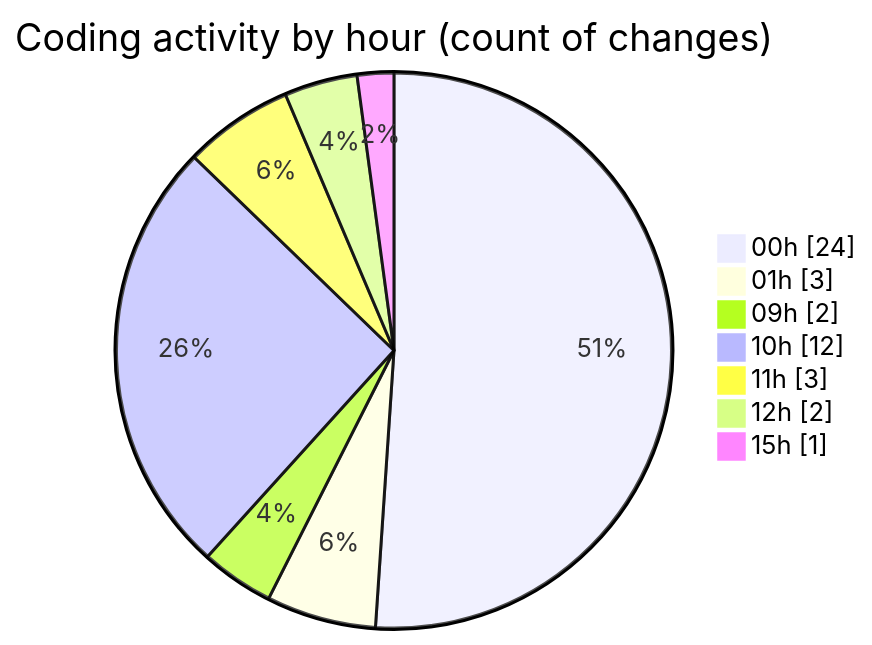
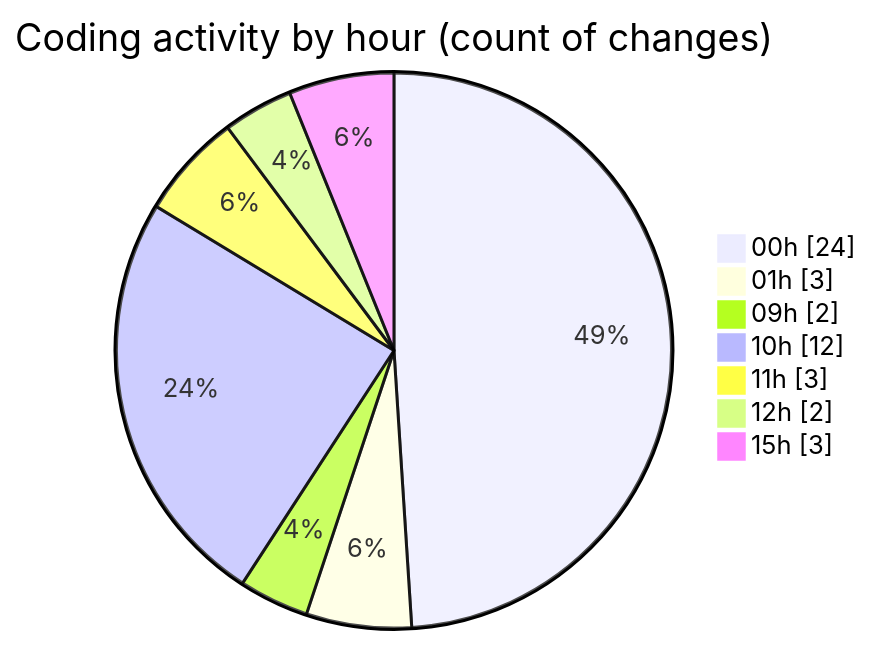
Before and after one commit to julien-gomy/code-tracking: the second of 2 diagrams in 2025-11-24/eventscop-frontend-guide__workspace_/README.md, drawn with Mermaid. The commit also changed other lines of this file and 1 other file, not shown here.

````diff
--- a/2025-11-24/eventscop-frontend-guide__workspace_/README.md
+++ b/2025-11-24/eventscop-frontend-guide__workspace_/README.md
@@ -41,11 +43,11 @@
 ```mermaid
 pie showData
 title Coding activity by hour (count of changes)
 "00h" : 24
 "01h" : 3
 "09h" : 2
 "10h" : 12
 "11h" : 3
 "12h" : 2
-"15h" : 1
+"15h" : 3
 ```
````
